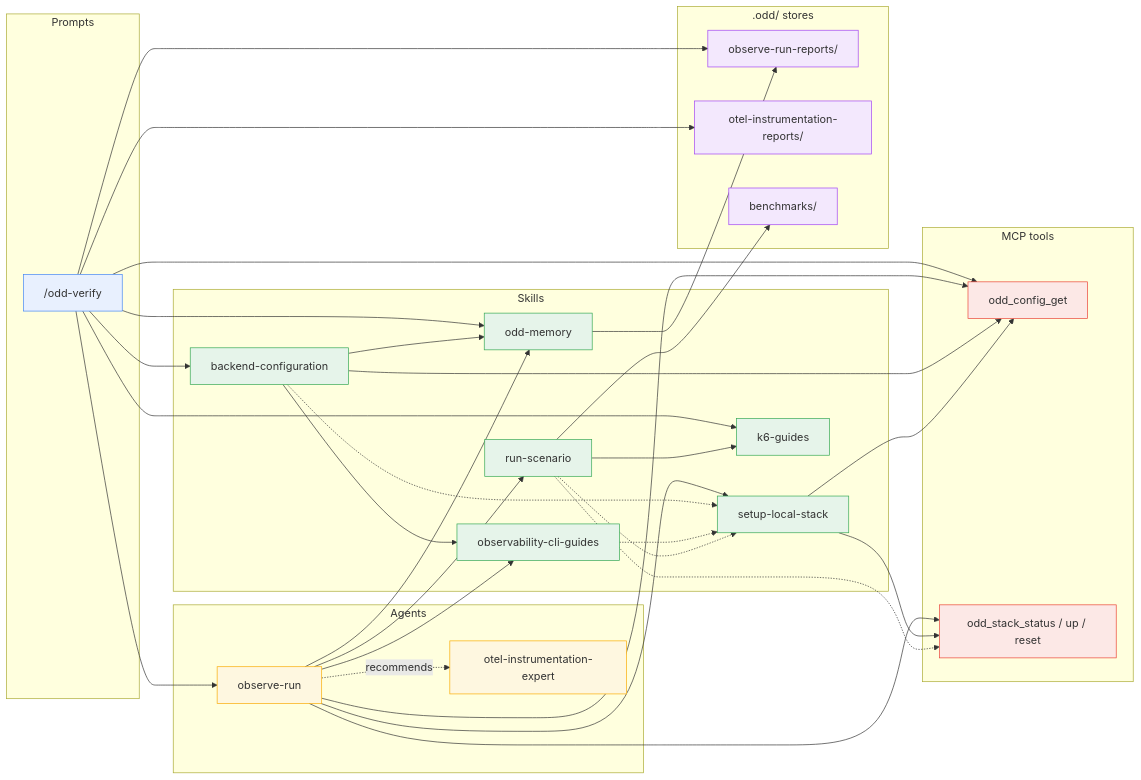
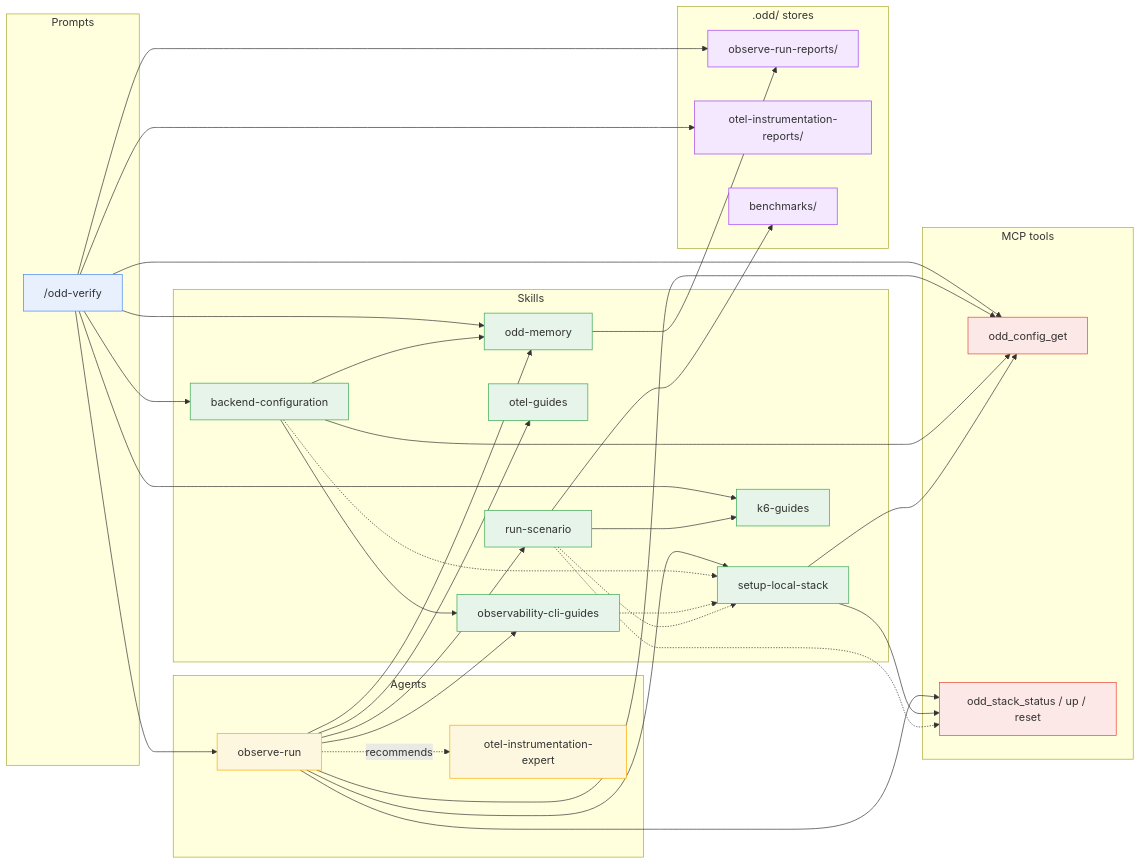
One commit to using-system/oddyssey changed the fourth of 7 diagrams in docs/guide/dependencies.md. Above: the diagram before and after it, drawn with Mermaid. The commit also changed other lines of this file and 7 other files, not shown here.

````diff
--- a/docs/guide/dependencies.md
+++ b/docs/guide/dependencies.md
@@ -233,73 +239,75 @@
 ```mermaid
 flowchart LR
   subgraph Prompts
     verify["/odd-verify"]
   end
 
   subgraph Agents
     runner[observe-run]
     expert[otel-instrumentation-expert]
   end
 
   subgraph Skills
     bc[backend-configuration]
     ocg[observability-cli-guides]
+    og[otel-guides]
     sls[setup-local-stack]
     rs[run-scenario]
     kg[k6-guides]
     mem[odd-memory]
   end
 
   subgraph MCP["MCP tools"]
     cfgget[odd_config_get]
     stack[odd_stack_status / up / reset]
   end
 
   subgraph Stores[".odd/ stores"]
     obsdir[observe-run-reports/]
     insdir[otel-instrumentation-reports/]
     benchdir[benchmarks/]
   end
 
   verify --> runner
   verify --> bc
   verify --> mem
   bc --> mem
   verify --> cfgget
   verify --> kg
   verify --> obsdir
   verify --> insdir
   mem --> obsdir
 
   runner --> ocg
+  runner --> og
   runner --> sls
   runner --> rs
   runner --> mem
   runner --> cfgget
   runner --> stack
   runner -. recommends .-> expert
 
   bc -.-> sls
   bc --> ocg
   bc --> cfgget
   ocg -.-> sls
   sls --> cfgget
   sls --> stack
   rs -.-> stack
   rs -.-> sls
   rs --> kg
   rs --> benchdir
 
 
 
   classDef prompt fill:#e8f0fe,stroke:#4285f4
   classDef agent fill:#fef7e0,stroke:#f9ab00
   classDef skill fill:#e6f4ea,stroke:#34a853
   classDef mcp fill:#fce8e6,stroke:#ea4335
   classDef store fill:#f3e8fd,stroke:#a142f4
   class verify prompt
   class runner,expert agent
-  class bc,ocg,sls,rs,kg,mem skill
+  class bc,ocg,og,sls,rs,kg,mem skill
   class cfgget,stack mcp
   class obsdir,insdir,benchdir store
 ```
````
